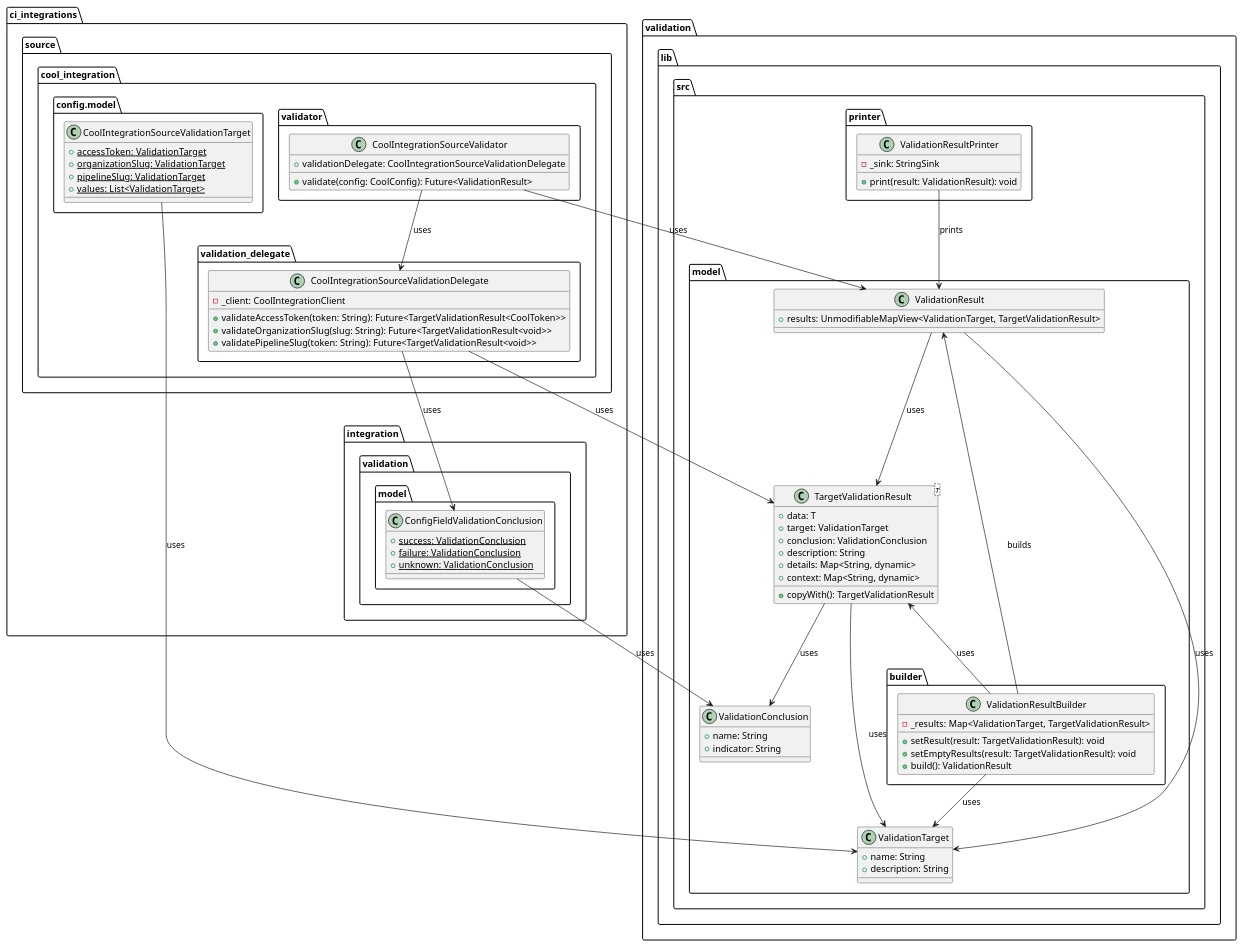
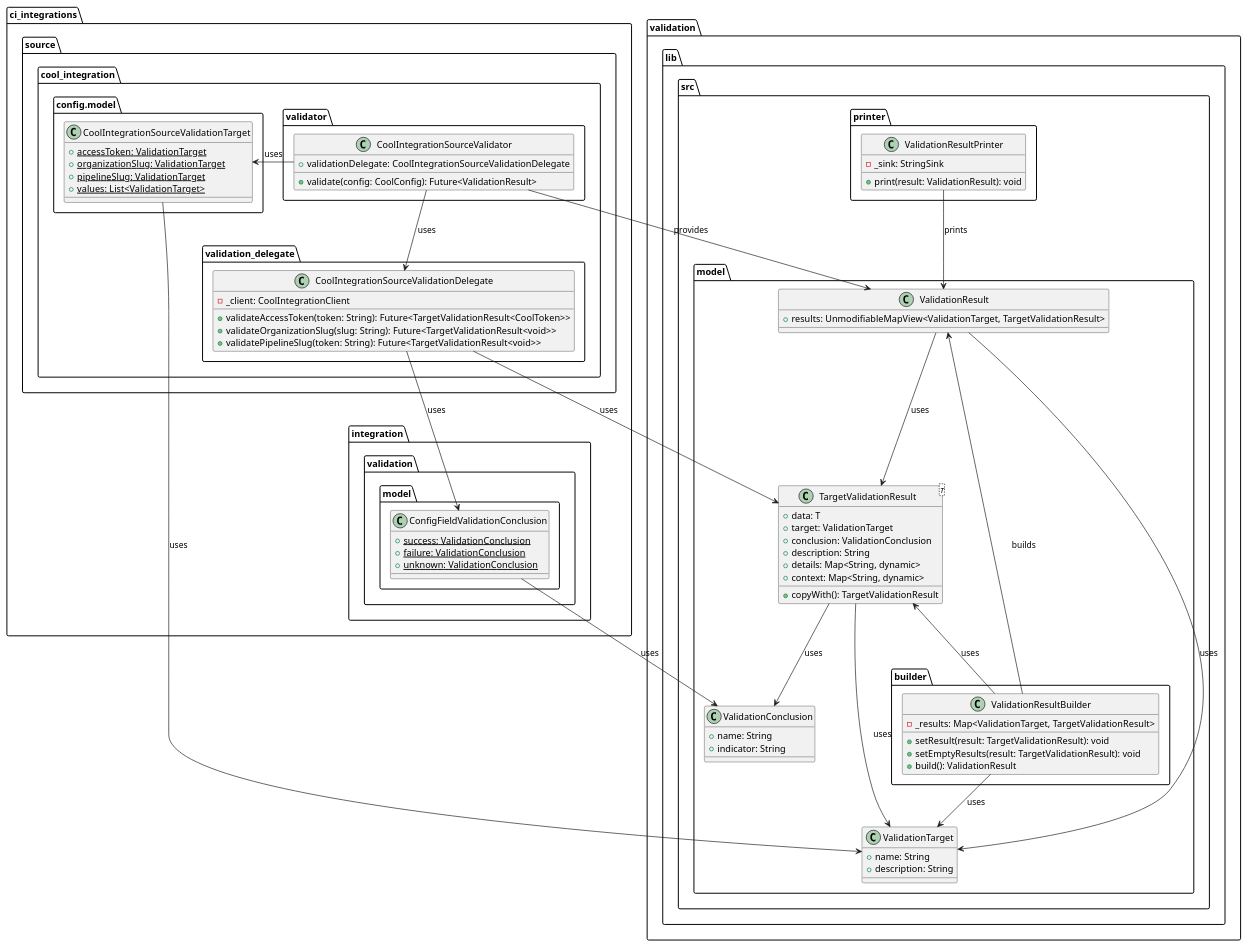
Before and after one commit to Flank/flank-dashboard: the diagram in metrics/cli/docs/features/doctor_output_improvements/diagrams/ci_integrations_validator_class_diagram.puml, drawn with PlantUML. The commit also changed 2 other files, not shown here.

Commit message:
Improve diagrams. Fix headers

```diff
--- a/metrics/cli/docs/features/doctor_output_improvements/diagrams/ci_integrations_validator_class_diagram.puml
+++ b/metrics/cli/docs/features/doctor_output_improvements/diagrams/ci_integrations_validator_class_diagram.puml
@@ -1,112 +1,113 @@
 @startuml ci_integrations_validator_class_diagram
 
 package validation.lib.src {
     package model {
         package builder {
             class ValidationResultBuilder {
                 - _results: Map<ValidationTarget, TargetValidationResult>
 
                 + setResult(result: TargetValidationResult): void
                 + setEmptyResults(result: TargetValidationResult): void
                 + build(): ValidationResult
             }
         }
 
         class ValidationTarget {
             + name: String
             + description: String
         }
 
         class ValidationConclusion {
             + name: String
             + indicator: String
         }
 
         class TargetValidationResult<T> {
             + data: T
             + target: ValidationTarget
             + conclusion: ValidationConclusion
             + description: String
             + details: Map<String, dynamic>
             + context: Map<String, dynamic>
 
             + copyWith(): TargetValidationResult
         }
 
         class ValidationResult{
             + results: UnmodifiableMapView<ValidationTarget, TargetValidationResult>
         }
     }
 
     package printer {
         class ValidationResultPrinter{
             - _sink: StringSink
 
             + print(result: ValidationResult): void
         }
     }
 }
 
 package ci_integrations {
     package integration.validation.model {
         class ConfigFieldValidationConclusion {
             + {static} success: ValidationConclusion
             + {static} failure: ValidationConclusion
             + {static} unknown: ValidationConclusion
         }
     }
 
     package source.cool_integration {
         package config.model as cool_integration_config_model {
             class CoolIntegrationSourceValidationTarget {
                 + {static} accessToken: ValidationTarget
                 + {static} organizationSlug: ValidationTarget
                 + {static} pipelineSlug: ValidationTarget
                 + {static} values: List<ValidationTarget>
             }
         }
 
         package validation_delegate {
             class CoolIntegrationSourceValidationDelegate {
                 - _client: CoolIntegrationClient
 
                 + validateAccessToken(token: String): Future<TargetValidationResult<CoolToken>>
                 + validateOrganizationSlug(slug: String): Future<TargetValidationResult<void>>
                 + validatePipelineSlug(token: String): Future<TargetValidationResult<void>>
             }
         }
 
         package validator {
             class CoolIntegrationSourceValidator {
                 + validationDelegate: CoolIntegrationSourceValidationDelegate
 
                 + validate(config: CoolConfig): Future<ValidationResult>
             }
         }
     }
 }
 
 TargetValidationResult --> ValidationTarget : uses
 TargetValidationResult --> ValidationConclusion : uses
 
 ValidationResult --> TargetValidationResult : uses
 ValidationResult --> ValidationTarget : uses
 
 ValidationResultBuilder -up-> ValidationResult : builds
 ValidationResultBuilder --> ValidationTarget : uses
 ValidationResultBuilder -up-> TargetValidationResult : uses
 
 ValidationResultPrinter --> ValidationResult : prints
 
 CoolIntegrationSourceValidator --> CoolIntegrationSourceValidationDelegate : uses
-CoolIntegrationSourceValidator --> ValidationResult : uses
+CoolIntegrationSourceValidator --> ValidationResult : provides
+CoolIntegrationSourceValidator -left-> CoolIntegrationSourceValidationTarget : uses
 
 CoolIntegrationSourceValidationDelegate --> TargetValidationResult : uses
 
 CoolIntegrationSourceValidationTarget --> ValidationTarget : uses
 
 ConfigFieldValidationConclusion --> ValidationConclusion : uses
 
 CoolIntegrationSourceValidationDelegate -down-> ConfigFieldValidationConclusion : uses
 
 @enduml
```
